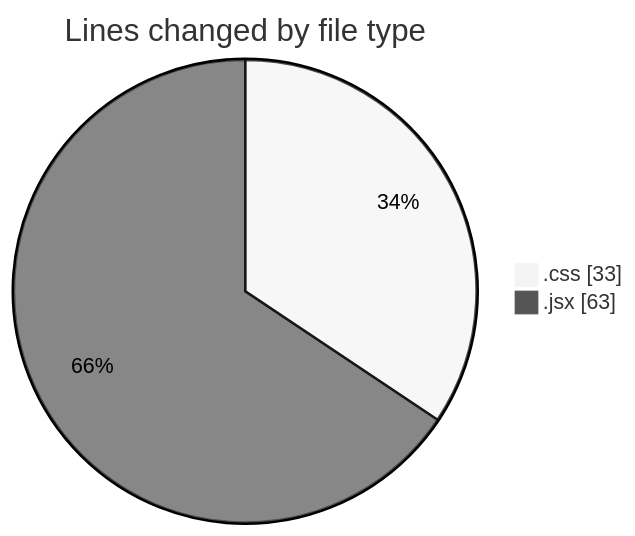
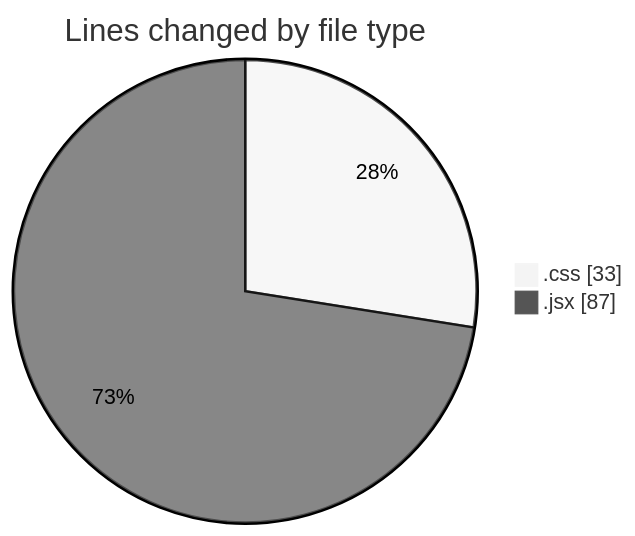
The first of 2 diagrams in 2025-02-14/elitegpt/README.md (Elitesun/code-tracking), drawn with Mermaid (neutral theme) before and after one commit. The commit also changed other lines of this file and 1 other file, not shown here.

````diff
--- a/2025-02-14/elitegpt/README.md
+++ b/2025-02-14/elitegpt/README.md
@@ -23,6 +23,6 @@
 ```mermaid
 pie showData
 title Lines changed by file type
 ".css" : 33
-".jsx" : 63
+".jsx" : 87
 ```
````
